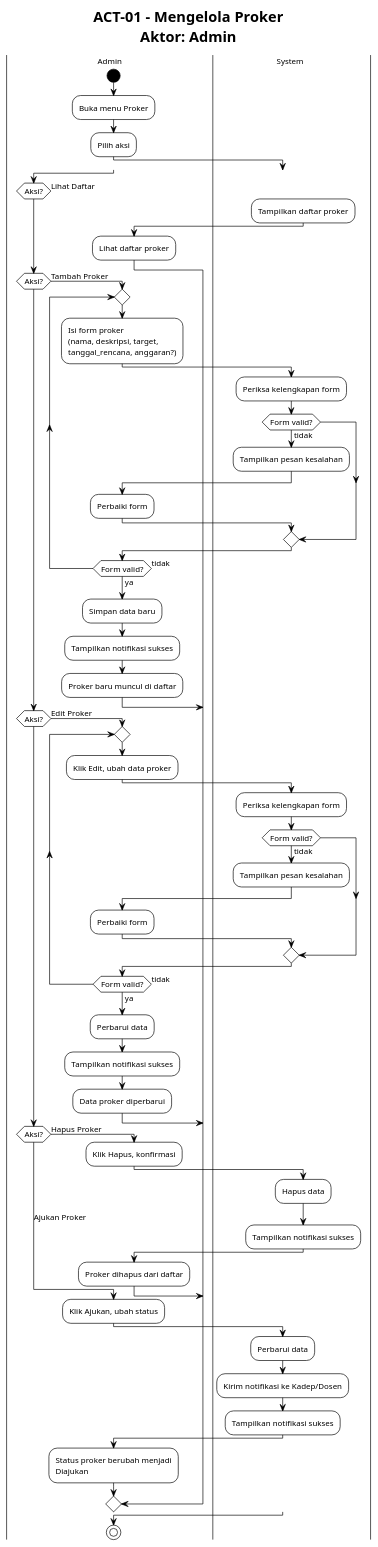
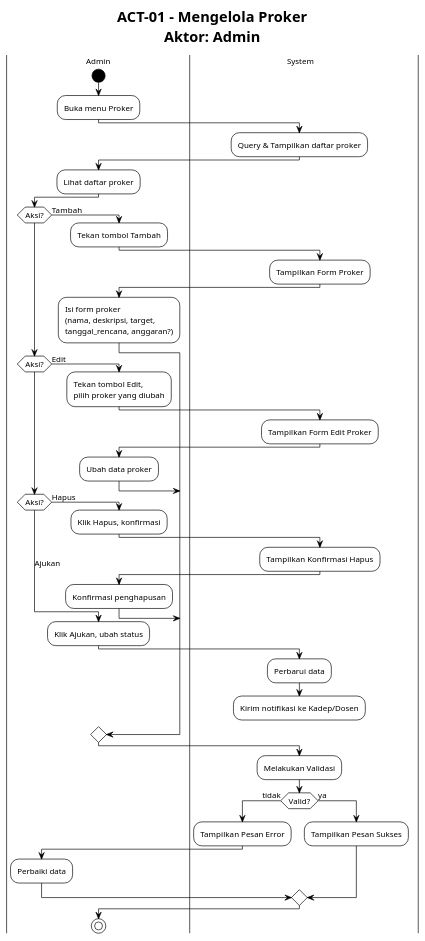
One commit to Habiboys/SILAB-DSI changed the diagram in docs/kegiatan_proker/activity/ACT_01_MENGELOLA_PROKER.puml. Above: the diagram before and after it, drawn with PlantUML. The commit also changed 170 other files, not shown here.

```diff
--- a/docs/kegiatan_proker/activity/ACT_01_MENGELOLA_PROKER.puml
+++ b/docs/kegiatan_proker/activity/ACT_01_MENGELOLA_PROKER.puml
@@ -1,82 +1,65 @@
 @startuml ACT_01_MENGELOLA_PROKER
 !theme plain
 !pragma useVerticalIf on
 scale max 1600 width
 skinparam wrapWidth 200
 skinparam defaultFontSize 12
-skinparam swimlaneWidth 220
+skinparam swimlaneWidth 260
 skinparam ActivityStartColor black
 skinparam ActivityEndColor black
 title ACT-01 - Mengelola Proker\nAktor: Admin
 
 |Admin|
 |System|
 
 |Admin|
 start
 :Buka menu Proker;
-:Pilih aksi;
+|System|
+:Query & Tampilkan daftar proker;
+|Admin|
+:Lihat daftar proker;
 
-if (Aksi?) then (Lihat Daftar)
+if (Aksi?) then (Tambah)
+  :Tekan tombol Tambah;
   |System|
-  :Tampilkan daftar proker;
+  :Tampilkan Form Proker;
   |Admin|
-  :Lihat daftar proker;
+  :Isi form proker\n(nama, deskripsi, target,\ntanggal_rencana, anggaran?);
 
-elseif (Aksi?) then (Tambah Proker)
+elseif (Aksi?) then (Edit)
+  :Tekan tombol Edit,\npilih proker yang diubah;
+  |System|
+  :Tampilkan Form Edit Proker;
   |Admin|
-  repeat
-    :Isi form proker\n(nama, deskripsi, target,\ntanggal_rencana, anggaran?);
-    |System|
-    :Periksa kelengkapan form;
-    if (Form valid?) then (tidak)
-      :Tampilkan pesan kesalahan;
-      |Admin|
-      :Perbaiki form;
-    endif
-  repeat while (Form valid?) is (tidak) not (ya)
-  :Simpan data baru;
-  :Tampilkan notifikasi sukses;
-  |Admin|
-  :Proker baru muncul di daftar;
+  :Ubah data proker;
 
-elseif (Aksi?) then (Edit Proker)
-  |Admin|
-  repeat
-    :Klik Edit, ubah data proker;
-    |System|
-    :Periksa kelengkapan form;
-    if (Form valid?) then (tidak)
-      :Tampilkan pesan kesalahan;
-      |Admin|
-      :Perbaiki form;
-    endif
-  repeat while (Form valid?) is (tidak) not (ya)
-  :Perbarui data;
-  :Tampilkan notifikasi sukses;
-  |Admin|
-  :Data proker diperbarui;
-
-elseif (Aksi?) then (Hapus Proker)
-  |Admin|
+elseif (Aksi?) then (Hapus)
   :Klik Hapus, konfirmasi;
   |System|
-  :Hapus data;
-  :Tampilkan notifikasi sukses;
+  :Tampilkan Konfirmasi Hapus;
   |Admin|
-  :Proker dihapus dari daftar;
+  :Konfirmasi penghapusan;
 
-else (Ajukan Proker)
-  |Admin|
+else (Ajukan)
   :Klik Ajukan, ubah status;
   |System|
   :Perbarui data;
   :Kirim notifikasi ke Kadep/Dosen;
-  :Tampilkan notifikasi sukses;
   |Admin|
-  :Status proker berubah menjadi Diajukan;
+endif
 
+|System|
+:Melakukan Validasi;
+if (Valid?) then (tidak)
+  :Tampilkan Pesan Error;
+  |Admin|
+  :Perbaiki data;
+  |System|
+else (ya)
+  :Tampilkan Pesan Sukses;
+  |Admin|
 endif
 
 stop
 @enduml
```
